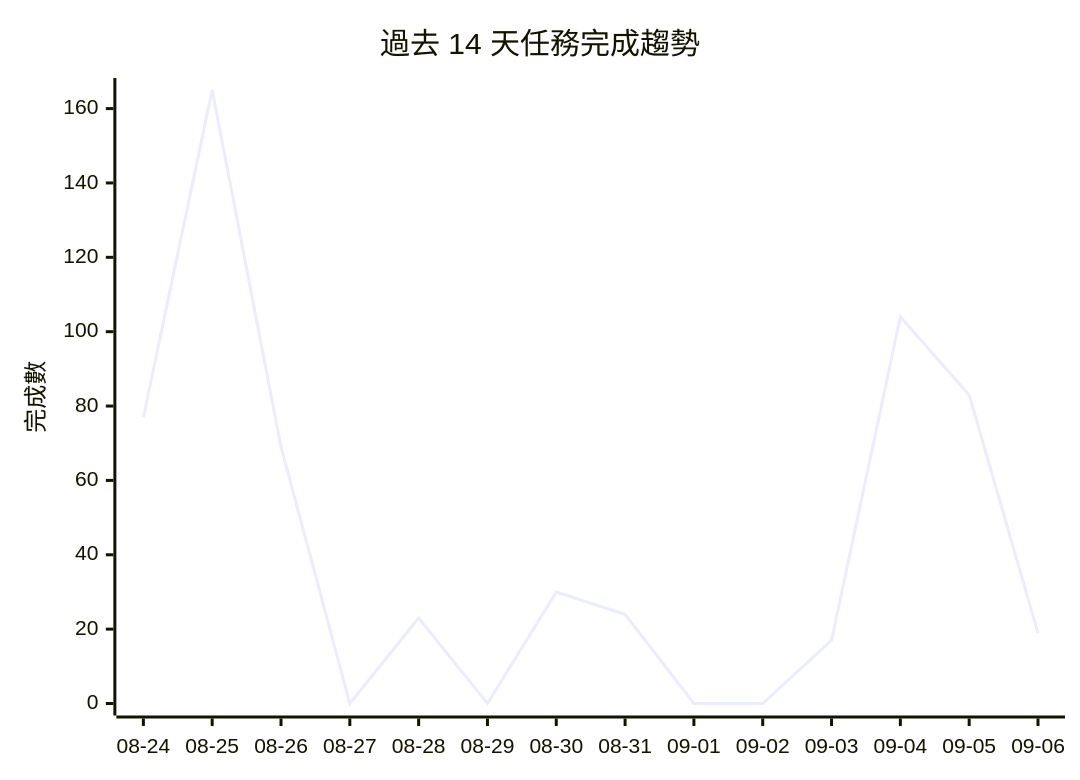
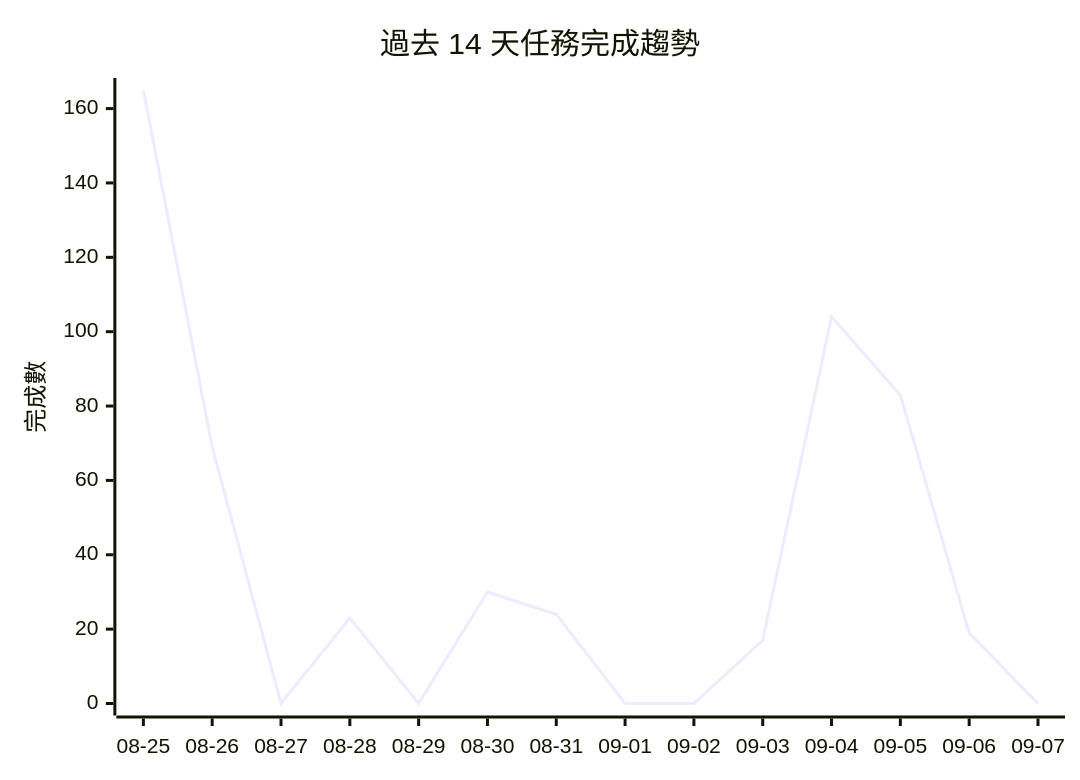
The diagram in PROJECTS.md (gentoobreaking/ai-tasks), drawn with Mermaid before and after one commit. The commit also changed other lines of this file and 64 other files, not shown here.

````diff
--- a/PROJECTS.md
+++ b/PROJECTS.md
@@ -31,7 +31,7 @@
 ```mermaid
 xychart-beta
     title "過去 14 天任務完成趨勢"
-    x-axis ["08-24", "08-25", "08-26", "08-27", "08-28", "08-29", "08-30", "08-31", "09-01", "09-02", "09-03", "09-04", "09-05", "09-06"]
+    x-axis ["08-25", "08-26", "08-27", "08-28", "08-29", "08-30", "08-31", "09-01", "09-02", "09-03", "09-04", "09-05", "09-06", "09-07"]
     y-axis "完成數" 0 --> 165
-    line [77, 165, 69, 0, 23, 0, 30, 24, 0, 0, 17, 104, 83, 19]
+    line [165, 69, 0, 23, 0, 30, 24, 0, 0, 17, 104, 83, 19, 0]
 ```
````
